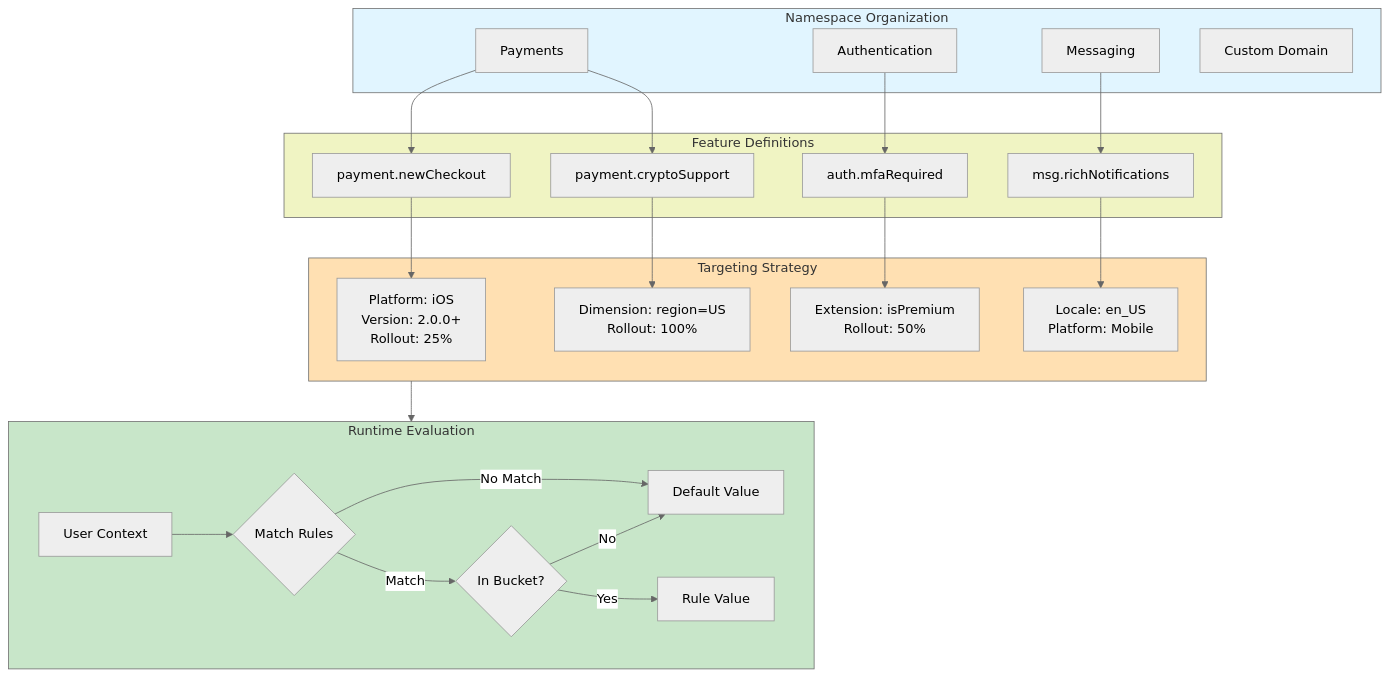
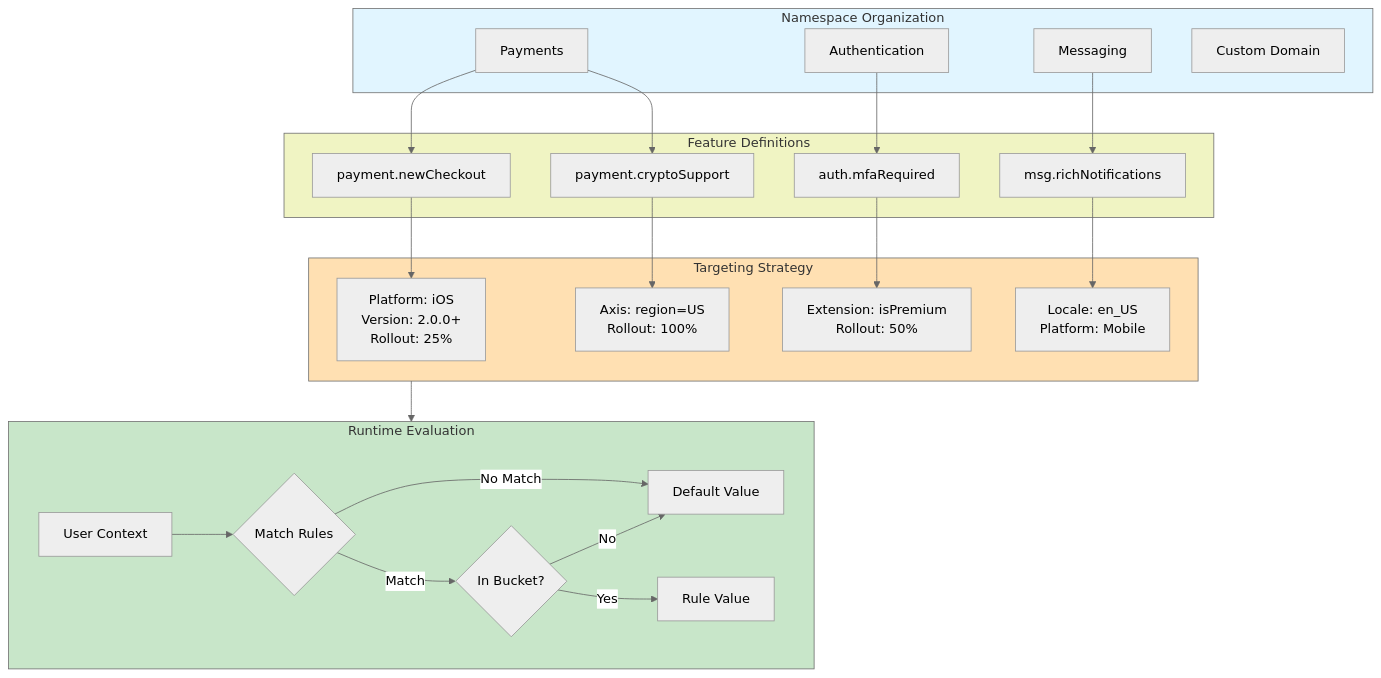
The fourth of 6 diagrams in docs/onboarding-flow.md (amichne/konditional), drawn with Mermaid (neutral theme) before and after one commit. The commit also changed other lines of this file and 54 other files, not shown here.

Commit message:
Removed unused, and standardized the remaining names for all Kontract meta-schema and validatable value instances

````diff
--- a/docs/onboarding-flow.md
+++ b/docs/onboarding-flow.md
@@ -100,39 +100,39 @@
 ```mermaid
 graph TB
     subgraph Namespace["Namespace Organization"]
         N1[Payments]
         N2[Authentication]
         N3[Messaging]
         N4[Custom Domain]
     end
 
     subgraph Features["Feature Definitions"]
         N1 --> F1[payment.newCheckout]
         N1 --> F2[payment.cryptoSupport]
         N2 --> F3[auth.mfaRequired]
         N3 --> F4[msg.richNotifications]
     end
 
     subgraph Rules["Targeting Strategy"]
         F1 --> R1[Platform: iOS<br/>Version: 2.0.0+<br/>Rollout: 25%]
-        F2 --> R2[Dimension: region=US<br/>Rollout: 100%]
+        F2 --> R2[Axis: region=US<br/>Rollout: 100%]
         F3 --> R3[Extension: isPremium<br/>Rollout: 50%]
         F4 --> R4[Locale: en_US<br/>Platform: Mobile]
     end
 
     subgraph Runtime["Runtime Evaluation"]
         CTX[User Context]
         CTX --> E1{Match Rules}
         E1 -->|Match| E2{In Bucket?}
         E1 -->|No Match| DEF[Default Value]
         E2 -->|Yes| VAL[Rule Value]
         E2 -->|No| DEF
     end
 
     Rules --> Runtime
 
     style Namespace fill:#e1f5ff
     style Features fill:#f0f4c3
     style Rules fill:#ffe0b2
     style Runtime fill:#c8e6c9
 ```
````
